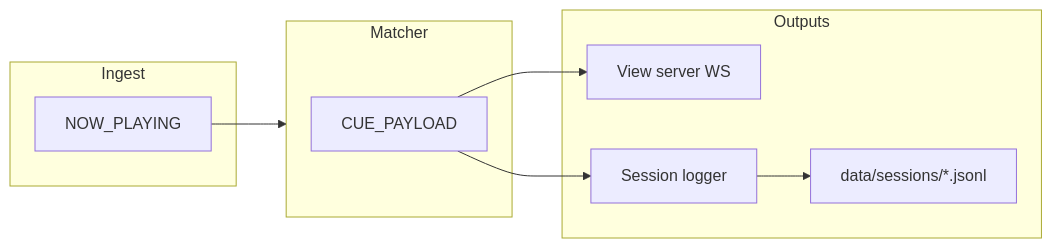
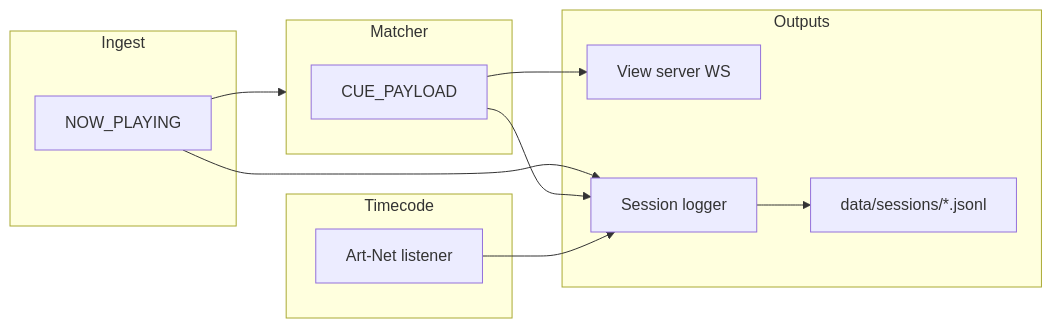
The diagram in docs/plans/M10-session-cue-log.md (tiwonku/ableview), drawn with Mermaid before and after one commit. The commit also changed other lines of this file and 1 other file, not shown here.

Commit message:
Update M10 plan for watched-track clips, dual events, and Art-Net timestamps.

````diff
--- a/docs/plans/M10-session-cue-log.md
+++ b/docs/plans/M10-session-cue-log.md
@@ -59,18 +67,23 @@
 ```mermaid
 flowchart LR
   subgraph ingest [Ingest]
     NP["NOW_PLAYING"]
   end
   subgraph match [Matcher]
     CP["CUE_PAYLOAD"]
   end
+  subgraph tc [Timecode]
+    AN["Art-Net listener"]
+  end
   subgraph outputs [Outputs]
     WS["View server WS"]
     SL["Session logger"]
     Disk["data/sessions/*.jsonl"]
   end
   NP --> match
+  NP --> SL
   CP --> WS
   CP --> SL
+  AN --> SL
   SL --> Disk
 ```
````
